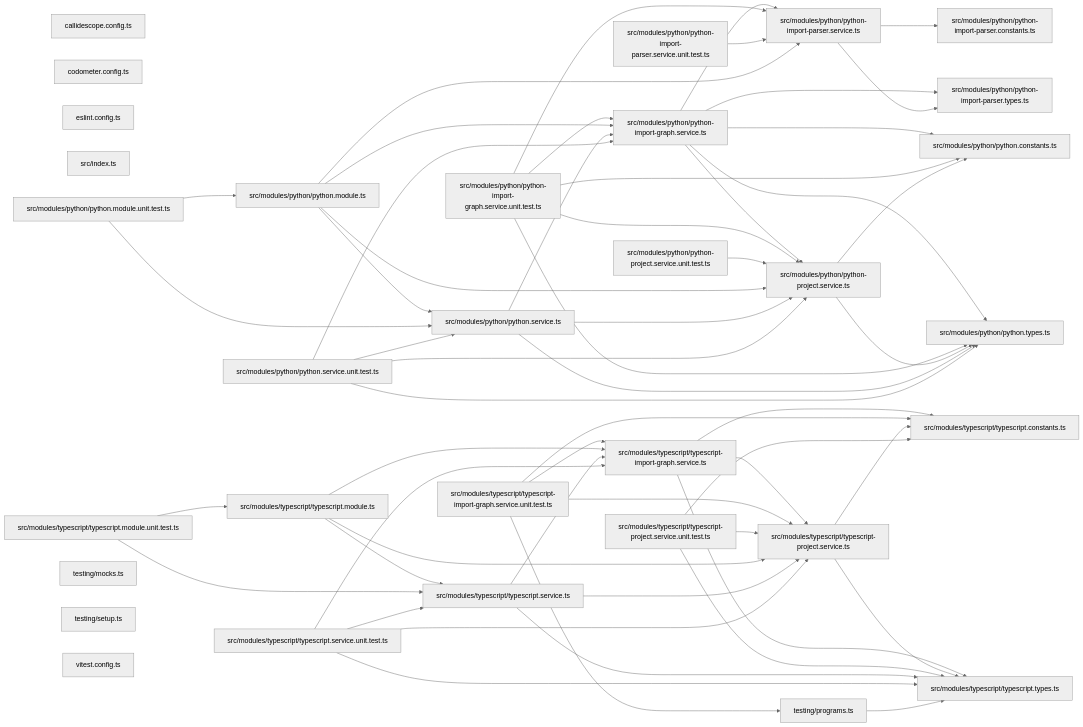
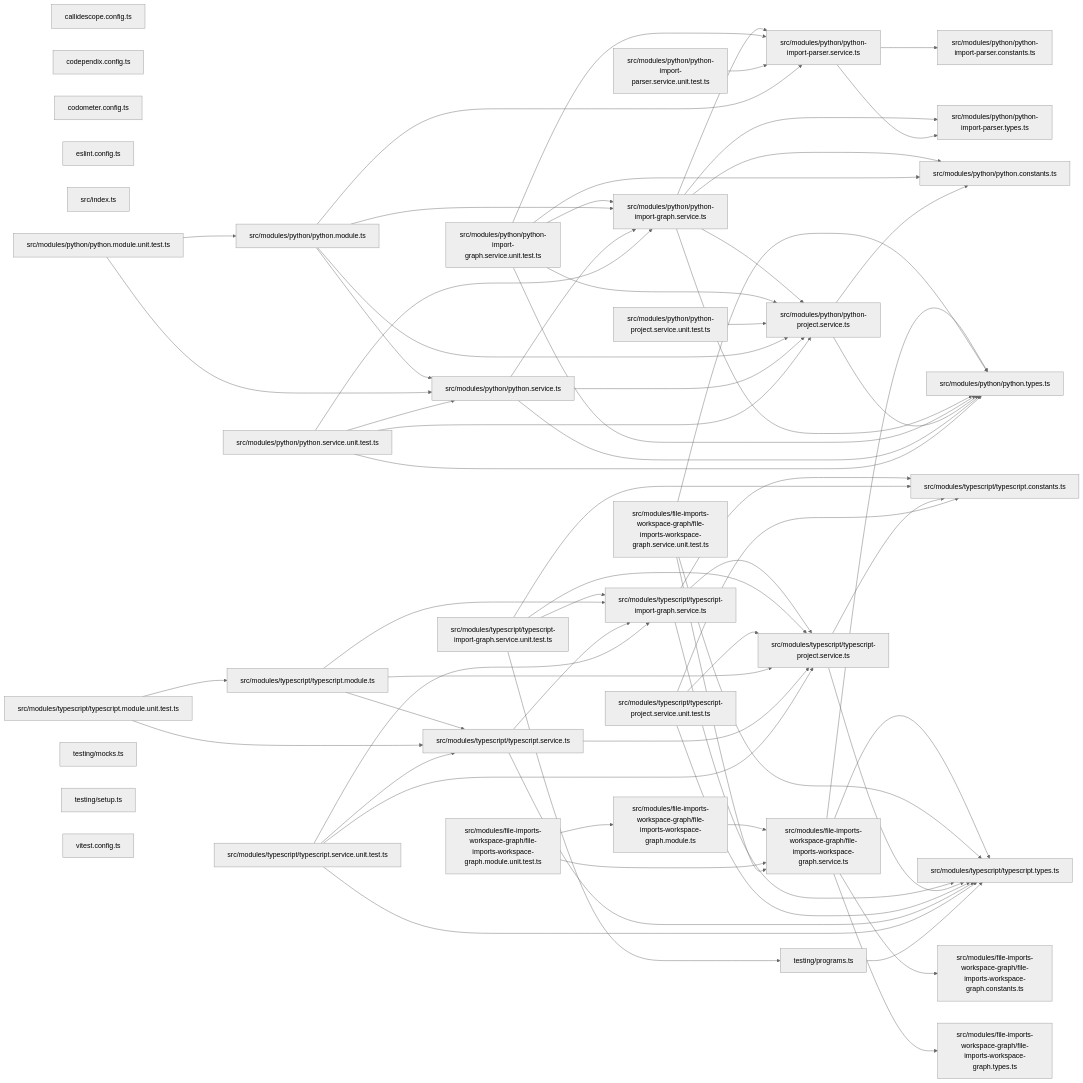
Before and after one commit to JimmyPaolini/codebase: the third of 3 diagrams in packages/codependix-file-imports/README.md, drawn with Mermaid (neutral theme). The commit also changed other lines of this file and 35 other files, not shown here.

````diff
--- a/packages/codependix-file-imports/README.md
+++ b/packages/codependix-file-imports/README.md
@@ -41,9 +42,16 @@
 ```mermaid
 graph LR
   file_callidescope_config_ts["callidescope.config.ts"]
+  file_codependix_config_ts["codependix.config.ts"]
   file_codometer_config_ts["codometer.config.ts"]
   file_eslint_config_ts["eslint.config.ts"]
   file_src_index_ts["src/index.ts"]
+  file_src_modules_file_imports_workspace_graph_file_imports_workspace_graph_constants_ts["src/modules/file-imports-workspace-graph/file-imports-workspace-graph.constants.ts"]
+  file_src_modules_file_imports_workspace_graph_file_imports_workspace_graph_module_ts["src/modules/file-imports-workspace-graph/file-imports-workspace-graph.module.ts"]
+  file_src_modules_file_imports_workspace_graph_file_imports_workspace_graph_module_unit_test_ts["src/modules/file-imports-workspace-graph/file-imports-workspace-graph.module.unit.test.ts"]
+  file_src_modules_file_imports_workspace_graph_file_imports_workspace_graph_service_ts["src/modules/file-imports-workspace-graph/file-imports-workspace-graph.service.ts"]
+  file_src_modules_file_imports_workspace_graph_file_imports_workspace_graph_service_unit_test_ts["src/modules/file-imports-workspace-graph/file-imports-workspace-graph.service.unit.test.ts"]
+  file_src_modules_file_imports_workspace_graph_file_imports_workspace_graph_types_ts["src/modules/file-imports-workspace-graph/file-imports-workspace-graph.types.ts"]
   file_src_modules_python_python_import_graph_service_ts["src/modules/python/python-import-graph.service.ts"]
   file_src_modules_python_python_import_graph_service_unit_test_ts["src/modules/python/python-import-graph.service.unit.test.ts"]
   file_src_modules_python_python_import_parser_constants_ts["src/modules/python/python-import-parser.constants.ts"]
@@ -72,6 +80,16 @@
   file_testing_programs_ts["testing/programs.ts"]
   file_testing_setup_ts["testing/setup.ts"]
   file_vitest_config_ts["vitest.config.ts"]
+  file_src_modules_file_imports_workspace_graph_file_imports_workspace_graph_module_ts --> file_src_modules_file_imports_workspace_graph_file_imports_workspace_graph_service_ts
+  file_src_modules_file_imports_workspace_graph_file_imports_workspace_graph_module_unit_test_ts --> file_src_modules_file_imports_workspace_graph_file_imports_workspace_graph_module_ts
+  file_src_modules_file_imports_workspace_graph_file_imports_workspace_graph_module_unit_test_ts --> file_src_modules_file_imports_workspace_graph_file_imports_workspace_graph_service_ts
+  file_src_modules_file_imports_workspace_graph_file_imports_workspace_graph_service_ts --> file_src_modules_file_imports_workspace_graph_file_imports_workspace_graph_constants_ts
+  file_src_modules_file_imports_workspace_graph_file_imports_workspace_graph_service_ts --> file_src_modules_file_imports_workspace_graph_file_imports_workspace_graph_types_ts
+  file_src_modules_file_imports_workspace_graph_file_imports_workspace_graph_service_ts --> file_src_modules_python_python_types_ts
+  file_src_modules_file_imports_workspace_graph_file_imports_workspace_graph_service_ts --> file_src_modules_typescript_typescript_types_ts
+  file_src_modules_file_imports_workspace_graph_file_imports_workspace_graph_service_unit_test_ts --> file_src_modules_file_imports_workspace_graph_file_imports_workspace_graph_service_ts
+  file_src_modules_file_imports_workspace_graph_file_imports_workspace_graph_service_unit_test_ts --> file_src_modules_python_python_types_ts
+  file_src_modules_file_imports_workspace_graph_file_imports_workspace_graph_service_unit_test_ts --> file_src_modules_typescript_typescript_types_ts
   file_src_modules_python_python_import_graph_service_ts --> file_src_modules_python_python_import_parser_service_ts
   file_src_modules_python_python_import_graph_service_ts --> file_src_modules_python_python_import_parser_types_ts
   file_src_modules_python_python_import_graph_service_ts --> file_src_modules_python_python_project_service_ts
````
